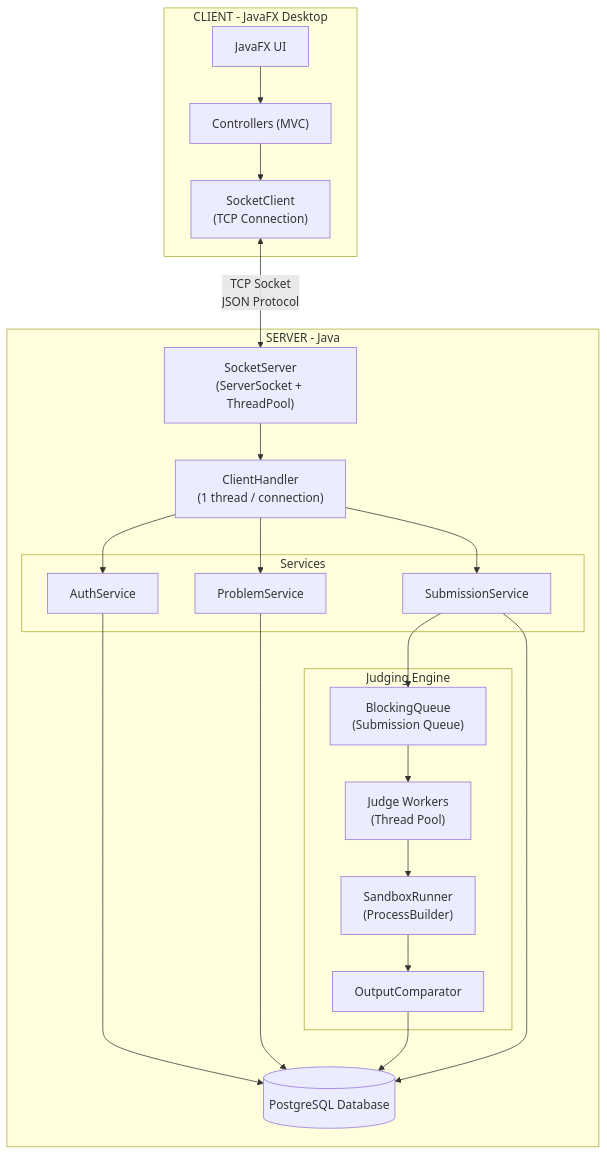
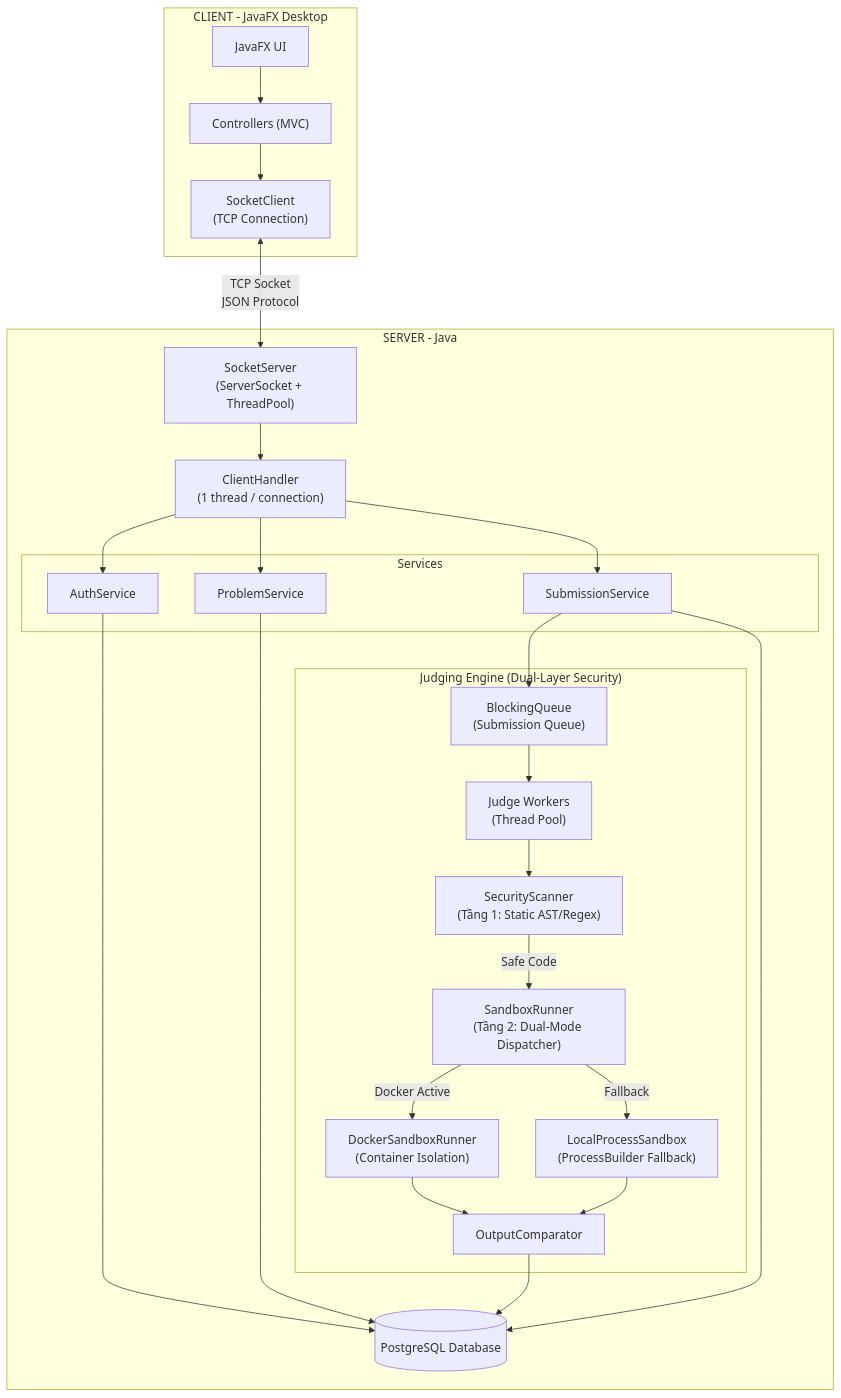
One commit to sphieu01/ltm_code_judge changed the first of 4 diagrams in architecture.md. Above: the diagram before and after it, drawn with Mermaid. The commit also changed other lines of this file and 16 other files, not shown here.

Commit message:
feat(judge): triển khai Docker sandbox, badge bảo mật client và bộ test tự động

````diff
--- a/architecture.md
+++ b/architecture.md
@@ -29,44 +29,51 @@
 ```mermaid
 graph TB
     subgraph "CLIENT - JavaFX Desktop"
         UI["JavaFX UI"]
         Controller["Controllers (MVC)"]
         NetClient["SocketClient<br/>(TCP Connection)"]
     end
 
     subgraph "SERVER - Java"
         NetServer["SocketServer<br/>(ServerSocket + ThreadPool)"]
         ClientHandler["ClientHandler<br/>(1 thread / connection)"]
         
         subgraph "Services"
             Auth["AuthService"]
             Problem["ProblemService"]
             Submit["SubmissionService"]
         end
         
-        subgraph "Judging Engine"
+        subgraph "Judging Engine (Dual-Layer Security)"
             Queue["BlockingQueue<br/>(Submission Queue)"]
             Workers["Judge Workers<br/>(Thread Pool)"]
-            Sandbox["SandboxRunner<br/>(ProcessBuilder)"]
+            Scanner["SecurityScanner<br/>(Tầng 1: Static AST/Regex)"]
+            Sandbox["SandboxRunner<br/>(Tầng 2: Dual-Mode Dispatcher)"]
+            DockerBox["DockerSandboxRunner<br/>(Container Isolation)"]
+            LocalBox["LocalProcessSandbox<br/>(ProcessBuilder Fallback)"]
             Comparator["OutputComparator"]
         end
         
         DB[(PostgreSQL Database)]
     end
 
     UI --> Controller
     Controller --> NetClient
     NetClient <-->|"TCP Socket<br/>JSON Protocol"| NetServer
     NetServer --> ClientHandler
     ClientHandler --> Auth
     ClientHandler --> Problem
     ClientHandler --> Submit
     Submit --> Queue
     Queue --> Workers
-    Workers --> Sandbox
-    Sandbox --> Comparator
+    Workers --> Scanner
+    Scanner -->|Safe Code| Sandbox
+    Sandbox -->|Docker Active| DockerBox
+    Sandbox -->|Fallback| LocalBox
+    DockerBox --> Comparator
+    LocalBox --> Comparator
     Comparator --> DB
     Auth --> DB
     Problem --> DB
     Submit --> DB
 ```
````
